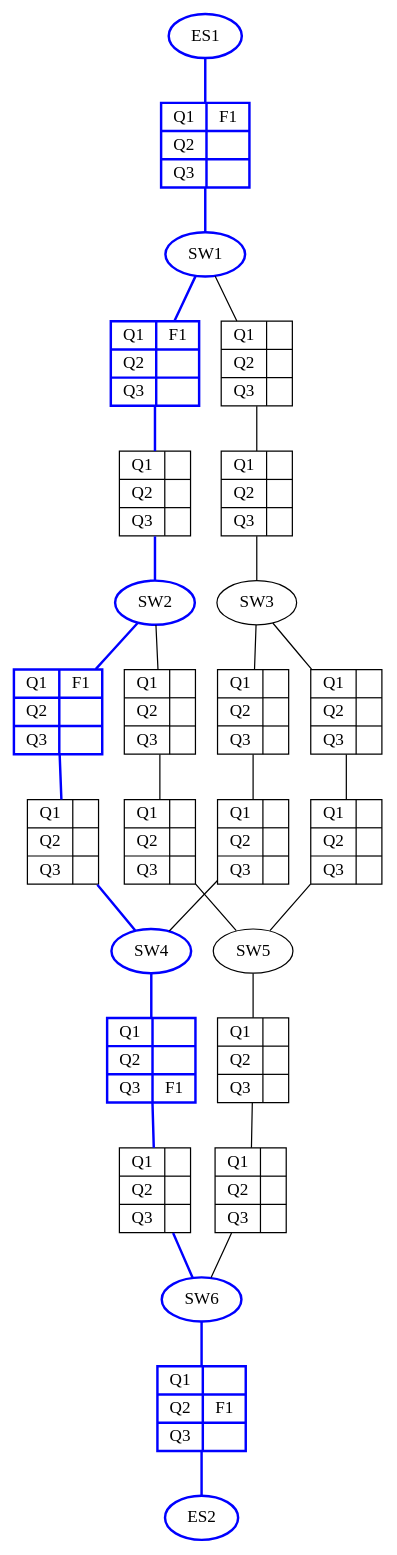
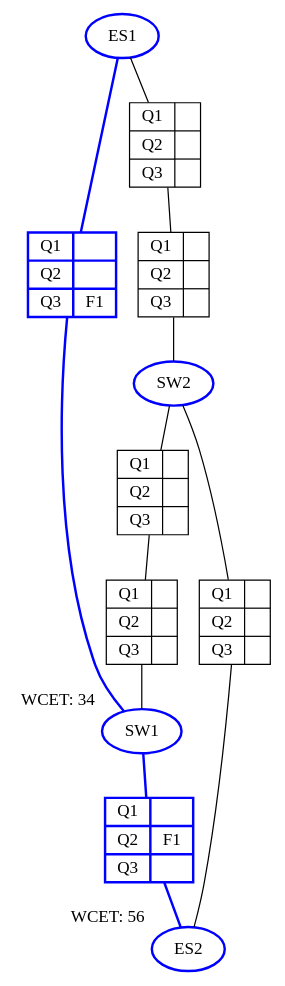
The diagram in test_output/output_F1.gv (polo123qwe/csqf2pdf), drawn with Graphviz before and after one commit. The commit also changed 13 other files, not shown here.

```diff
--- a/test_output/output_F1.gv
+++ b/test_output/output_F1.gv
@@ -1,63 +1,30 @@
 // Network Topology
 digraph {
 	ES1 [color=blue style=bold]
-	SW1 [color=blue style=bold]
-	SW1ES1 [label="{ Q1 | Q2 | Q3 } | { F1|| }" color=blue shape=record style=bold]
+	SW1 [color=blue style=bold xlabel="WCET: 34"]
+	SW1ES1 [label="{ Q1 | Q2 | Q3 } | { ||F1 }" color=blue shape=record style=bold]
 	ES1 -> SW1ES1 [arrowhead=none color=blue style=bold]
 	SW1ES1 -> SW1 [arrowhead=none color=blue style=bold]
+	SW2 [color=blue style=bold]
+	SW2ES1 [label="{ Q1 | Q2 | Q3 } | { || }" shape=record]
+	SW2ES11 [label="{ Q1 | Q2 | Q3 } | { || }" shape=record]
+	ES1 -> SW2ES1 [arrowhead=none]
+	SW2ES1 -> SW2ES11 [arrowhead=none]
+	SW2ES11 -> SW2 [arrowhead=none]
 	SW1 [color=blue style=bold]
-	SW2 [color=blue style=bold]
-	SW2SW1 [label="{ Q1 | Q2 | Q3 } | { F1|| }" color=blue shape=record style=bold]
-	SW1 -> SW2SW1 [arrowhead=none color=blue style=bold]
-	SW2SW1 -> SW2SW11 [arrowhead=none color=blue style=bold]
-	SW2SW11 -> SW2 [arrowhead=none color=blue style=bold]
-	SW2SW11 [label="{ Q1 | Q2 | Q3 } | { || }" shape=record]
-	SW3SW1 [label="{ Q1 | Q2 | Q3 } | { || }" shape=record]
-	SW3SW11 [label="{ Q1 | Q2 | Q3 } | { || }" shape=record]
-	SW1 -> SW3SW1 [arrowhead=none]
-	SW3SW1 -> SW3SW11 [arrowhead=none]
-	SW3SW11 -> SW3 [arrowhead=none]
-	SW2 [color=blue style=bold]
-	SW4 [color=blue style=bold]
-	SW4SW2 [label="{ Q1 | Q2 | Q3 } | { F1|| }" color=blue shape=record style=bold]
-	SW2 -> SW4SW2 [arrowhead=none color=blue style=bold]
-	SW4SW2 -> SW4SW21 [arrowhead=none color=blue style=bold]
-	SW4SW21 -> SW4 [arrowhead=none color=blue style=bold]
-	SW4SW21 [label="{ Q1 | Q2 | Q3 } | { || }" shape=record]
-	SW5SW2 [label="{ Q1 | Q2 | Q3 } | { || }" shape=record]
-	SW5SW21 [label="{ Q1 | Q2 | Q3 } | { || }" shape=record]
-	SW2 -> SW5SW2 [arrowhead=none]
-	SW5SW2 -> SW5SW21 [arrowhead=none]
-	SW5SW21 -> SW5 [arrowhead=none]
-	SW3
-	SW4 [color=blue style=bold]
-	SW4SW3 [label="{ Q1 | Q2 | Q3 } | { || }" shape=record]
-	SW3 -> SW4SW3 [arrowhead=none]
-	SW4SW3 -> SW4SW31 [arrowhead=none]
-	SW4SW31 -> SW4 [arrowhead=none]
-	SW4SW31 [label="{ Q1 | Q2 | Q3 } | { || }" shape=record]
-	SW5SW3 [label="{ Q1 | Q2 | Q3 } | { || }" shape=record]
-	SW5SW31 [label="{ Q1 | Q2 | Q3 } | { || }" shape=record]
-	SW3 -> SW5SW3 [arrowhead=none]
-	SW5SW3 -> SW5SW31 [arrowhead=none]
-	SW5SW31 -> SW5 [arrowhead=none]
-	SW4 [color=blue style=bold]
-	SW6 [color=blue style=bold]
-	SW6SW4 [label="{ Q1 | Q2 | Q3 } | { ||F1 }" color=blue shape=record style=bold]
-	SW4 -> SW6SW4 [arrowhead=none color=blue style=bold]
-	SW6SW4 -> SW6SW41 [arrowhead=none color=blue style=bold]
-	SW6SW41 -> SW6 [arrowhead=none color=blue style=bold]
-	SW6SW41 [label="{ Q1 | Q2 | Q3 } | { || }" shape=record]
-	SW5
-	SW6 [color=blue style=bold]
-	SW6SW5 [label="{ Q1 | Q2 | Q3 } | { || }" shape=record]
-	SW5 -> SW6SW5 [arrowhead=none]
-	SW6SW5 -> SW6SW51 [arrowhead=none]
-	SW6SW51 -> SW6 [arrowhead=none]
-	SW6SW51 [label="{ Q1 | Q2 | Q3 } | { || }" shape=record]
-	SW6 [color=blue style=bold]
+	ES2 [color=blue style=bold xlabel="WCET: 56"]
+	ES2SW1 [label="{ Q1 | Q2 | Q3 } | { |F1| }" color=blue shape=record style=bold]
+	SW1 -> ES2SW1 [arrowhead=none color=blue style=bold]
+	ES2SW1 -> ES2 [arrowhead=none color=blue style=bold]
+	SW2
 	ES2 [color=blue style=bold]
-	ES2SW6 [label="{ Q1 | Q2 | Q3 } | { |F1| }" color=blue shape=record style=bold]
-	SW6 -> ES2SW6 [arrowhead=none color=blue style=bold]
-	ES2SW6 -> ES2 [arrowhead=none color=blue style=bold]
+	ES2SW2 [label="{ Q1 | Q2 | Q3 } | { || }" shape=record]
+	SW2 -> ES2SW2 [arrowhead=none]
+	ES2SW2 -> ES2 [arrowhead=none]
+	SW1 [color=blue style=bold]
+	SW1SW2 [label="{ Q1 | Q2 | Q3 } | { || }" shape=record]
+	SW2 -> SW1SW2 [arrowhead=none]
+	SW1SW2 -> SW1SW21 [arrowhead=none]
+	SW1SW21 -> SW1 [arrowhead=none]
+	SW1SW21 [label="{ Q1 | Q2 | Q3 } | { || }" shape=record]
 }
```
